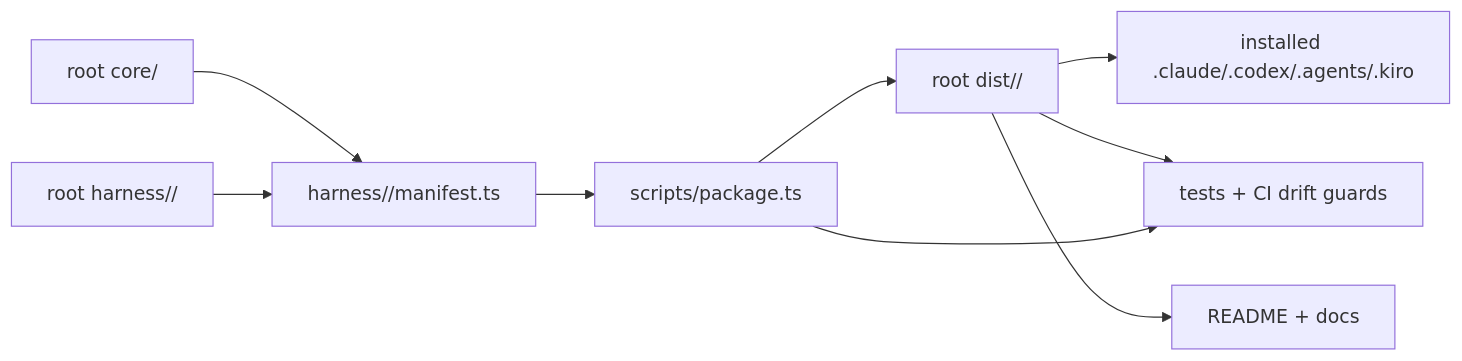
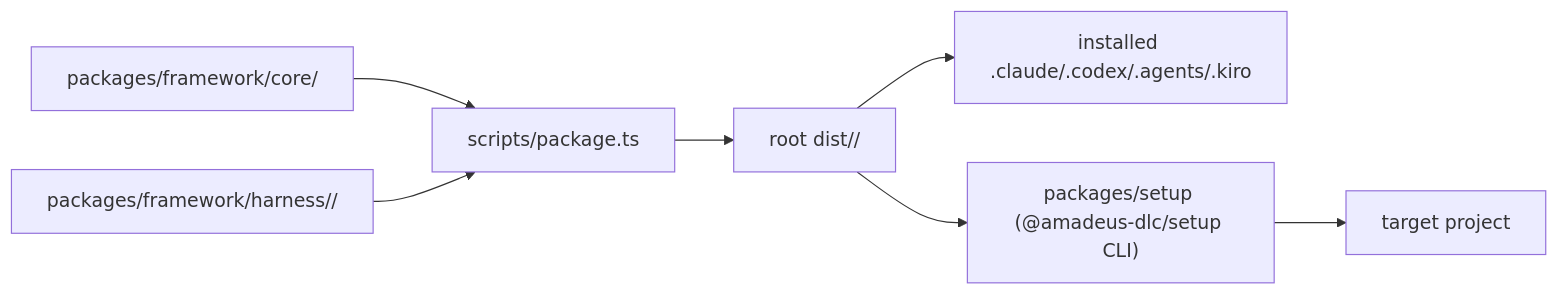
One commit to amadeus-dlc/amadeus changed the first of 7 diagrams in amadeus/spaces/default/codekb/amadeus/architecture.md. Above: the diagram before and after it, drawn with Mermaid. The commit also changed other lines of this file and 35 other files, not shown here.

````diff
--- a/amadeus/spaces/default/codekb/amadeus/architecture.md
+++ b/amadeus/spaces/default/codekb/amadeus/architecture.md
@@ -7,20 +7,17 @@
 ```mermaid
 flowchart LR
-  Core["root core/"]
-  Harness["root harness/<name>/"]
-  Manifest["harness/<name>/manifest.ts"]
+  FrameworkCore["packages/framework/core/"]
+  FrameworkHarness["packages/framework/harness/<name>/"]
   Packager["scripts/package.ts"]
   Dist["root dist/<name>/"]
   Runtime["installed .claude/.codex/.agents/.kiro"]
-  Tests["tests + CI drift guards"]
-  Docs["README + docs"]
+  Setup["packages/setup (@amadeus-dlc/setup CLI)"]
+  TargetProj["target project"]
 
-  Core --> Manifest
-  Harness --> Manifest
-  Manifest --> Packager
+  FrameworkCore --> Packager
+  FrameworkHarness --> Packager
   Packager --> Dist
   Dist --> Runtime
-  Dist --> Tests
-  Packager --> Tests
-  Dist --> Docs
+  Dist --> Setup
+  Setup --> TargetProj
 ```
````
